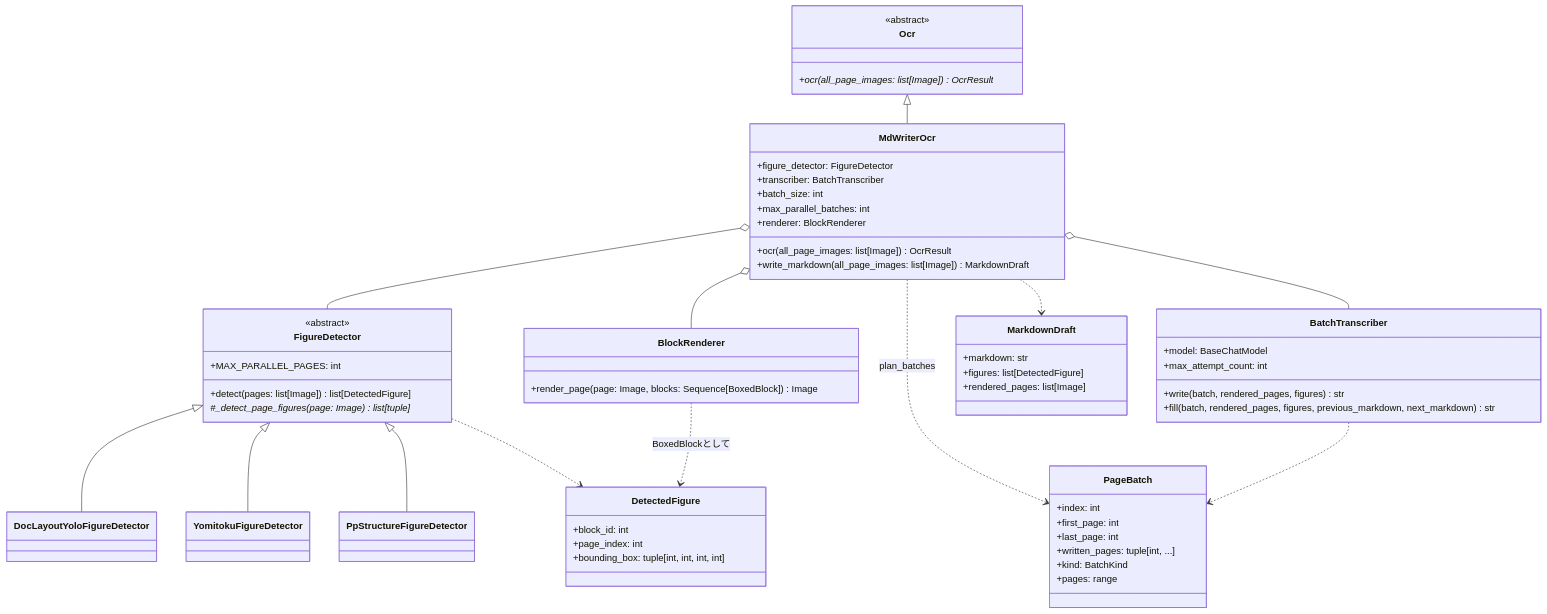
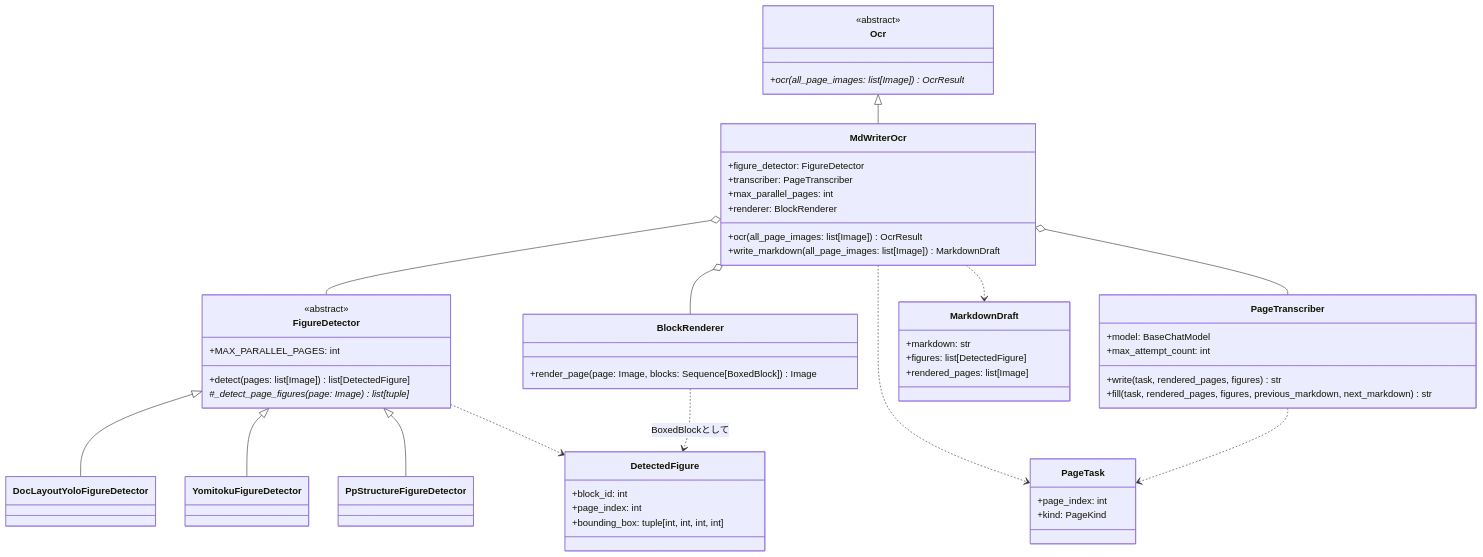
One commit to konbraphat51/SuperSuat changed the first of 3 diagrams in Uploader/OcrModule/MdWriter/Docs/MdWriterOcr.ja.md. Above: the diagram before and after it, drawn with Mermaid. The commit also changed other lines of this file and 7 other files, not shown here.

Commit message:
docs: describe MdWriter's one-page requests and its two passes

````diff
--- a/Uploader/OcrModule/MdWriter/Docs/MdWriterOcr.ja.md
+++ b/Uploader/OcrModule/MdWriter/Docs/MdWriterOcr.ja.md
@@ -13,64 +13,59 @@
 ```mermaid
 classDiagram
     class Ocr {
         <<abstract>>
         +ocr(all_page_images: list[Image]) OcrResult*
     }
     class MdWriterOcr {
         +figure_detector: FigureDetector
-        +transcriber: BatchTranscriber
-        +batch_size: int
-        +max_parallel_batches: int
+        +transcriber: PageTranscriber
+        +max_parallel_pages: int
         +renderer: BlockRenderer
         +ocr(all_page_images: list[Image]) OcrResult
         +write_markdown(all_page_images: list[Image]) MarkdownDraft
     }
     class FigureDetector {
         <<abstract>>
         +MAX_PARALLEL_PAGES: int
         +detect(pages: list[Image]) list[DetectedFigure]
         #_detect_page_figures(page: Image) list[tuple]*
     }
     class DocLayoutYoloFigureDetector
     class YomitokuFigureDetector
     class PpStructureFigureDetector
-    class BatchTranscriber {
+    class PageTranscriber {
         +model: BaseChatModel
         +max_attempt_count: int
-        +write(batch, rendered_pages, figures) str
-        +fill(batch, rendered_pages, figures, previous_markdown, next_markdown) str
+        +write(task, rendered_pages, figures) str
+        +fill(task, rendered_pages, figures, previous_markdown, next_markdown) str
     }
     class BlockRenderer {
         +render_page(page: Image, blocks: Sequence[BoxedBlock]) Image
     }
     class DetectedFigure {
         +block_id: int
         +page_index: int
         +bounding_box: tuple[int, int, int, int]
     }
-    class PageBatch {
-        +index: int
-        +first_page: int
-        +last_page: int
-        +written_pages: tuple[int, ...]
-        +kind: BatchKind
-        +pages: range
+    class PageTask {
+        +page_index: int
+        +kind: PageKind
     }
     class MarkdownDraft {
         +markdown: str
         +figures: list[DetectedFigure]
         +rendered_pages: list[Image]
     }
     Ocr <|-- MdWriterOcr
     FigureDetector <|-- DocLayoutYoloFigureDetector
     FigureDetector <|-- YomitokuFigureDetector
     FigureDetector <|-- PpStructureFigureDetector
     MdWriterOcr o-- FigureDetector
-    MdWriterOcr o-- BatchTranscriber
+    MdWriterOcr o-- PageTranscriber
     MdWriterOcr o-- BlockRenderer
-    MdWriterOcr ..> PageBatch : plan_batches
+    MdWriterOcr ..> PageTask
     MdWriterOcr ..> MarkdownDraft
     FigureDetector ..> DetectedFigure
-    BatchTranscriber ..> PageBatch
+    PageTranscriber ..> PageTask
     BlockRenderer ..> DetectedFigure : BoxedBlockとして
 ```
````
